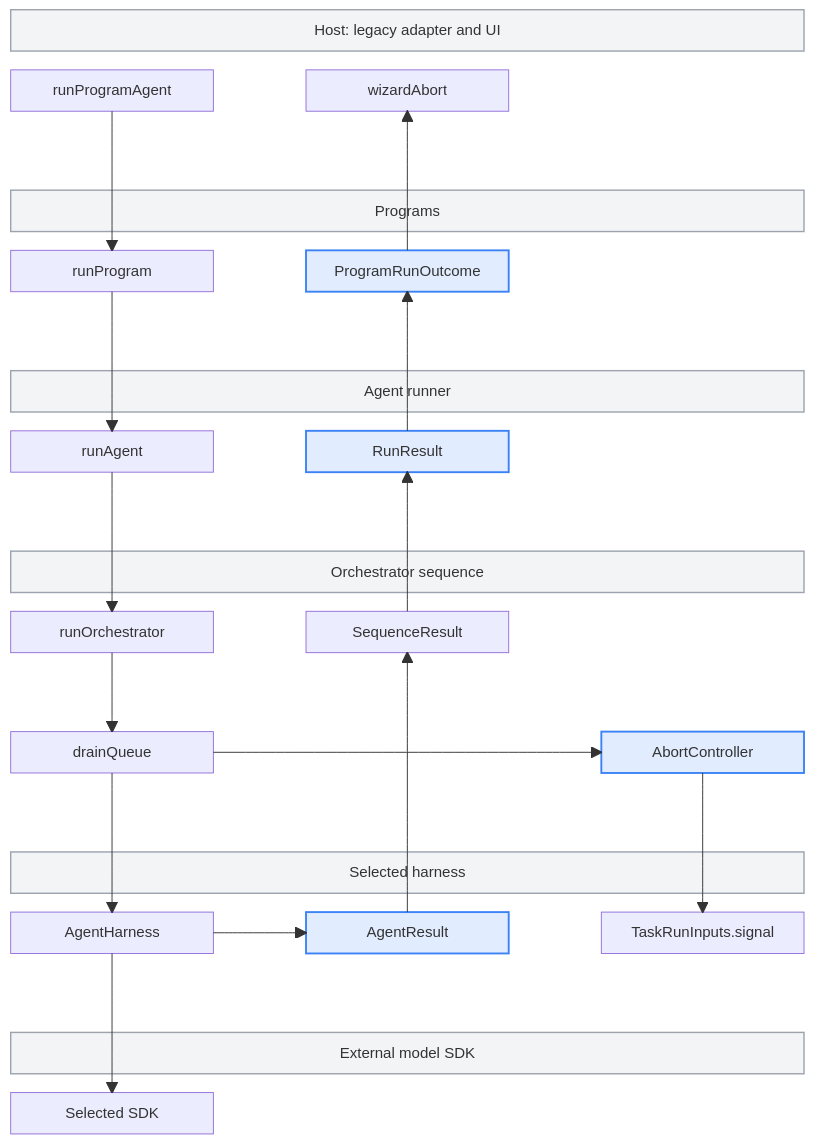
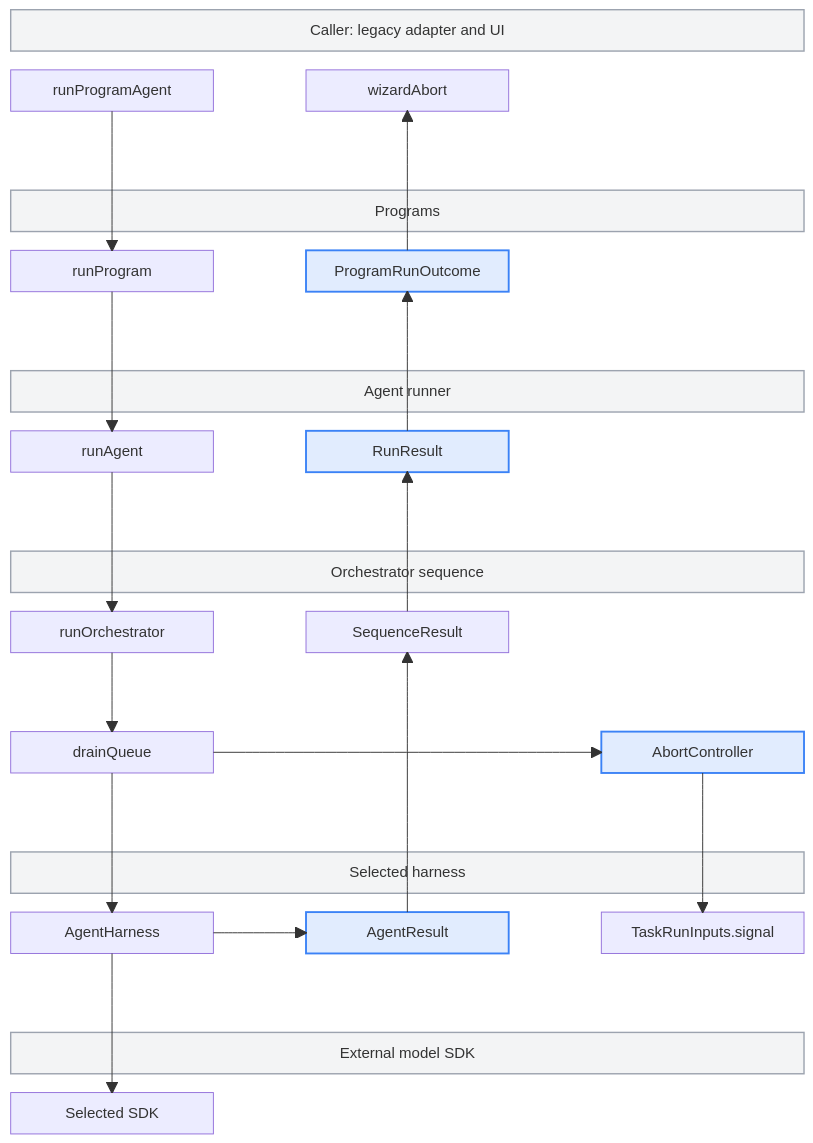
Before and after one commit to PostHog/wizard: the diagram in src/agent/runner/README.md, drawn with Mermaid. The commit also changed other lines of this file and 4 other files, not shown here.

````diff
--- a/src/agent/runner/README.md
+++ b/src/agent/runner/README.md
@@ -108,43 +108,43 @@
 ```mermaid
 %%{init: {"block": {"padding": 20}}}%%
 block-beta
   columns 11
-  hostBand["Host: legacy adapter and UI"]:11
+  hostBand["Caller: legacy adapter and UI"]:11
   runProgramAgent["runProgramAgent"]:3 space:1 wizardAbort["wizardAbort"]:3 space:4
   space:11
   programsBand["Programs"]:11
   runProgram["runProgram"]:3 space:1 programOutcome["ProgramRunOutcome"]:3 space:4
   space:11
   runnerBand["Agent runner"]:11
   runAgent["runAgent"]:3 space:1 runResult["RunResult"]:3 space:4
   space:11
   sequenceBand["Orchestrator sequence"]:11
   runOrchestrator["runOrchestrator"]:3 space:1 sequenceResult["SequenceResult"]:3 space:4
   space:11
   drainQueue["drainQueue"]:3 space:5 runAbort["AbortController"]:3
   space:11
   harnessBand["Selected harness"]:11
   agentHarness["AgentHarness"]:3 space:1 agentResult["AgentResult"]:3 space:1 signal["TaskRunInputs.signal"]:3
   space:11
   sdkBand["External model SDK"]:11
   sdk["Selected SDK"]:3 space:8
 
   runProgramAgent --> runProgram
   runProgram --> runAgent
   runAgent --> runOrchestrator
   runOrchestrator --> drainQueue
   drainQueue --> agentHarness
   agentHarness --> sdk
   agentHarness --> agentResult
   agentResult --> sequenceResult
   sequenceResult --> runResult
   runResult --> programOutcome
   programOutcome --> wizardAbort
   drainQueue --> runAbort
   runAbort --> signal
 
   classDef owner fill:#9ca3af1f,stroke:#9ca3af,stroke-width:1.5px
   classDef changed fill:#3b82f626,stroke:#3b82f6,stroke-width:2px
   class hostBand,programsBand,runnerBand,sequenceBand,harnessBand,sdkBand owner
   class programOutcome,runResult,agentResult,runAbort changed
 ```
````
